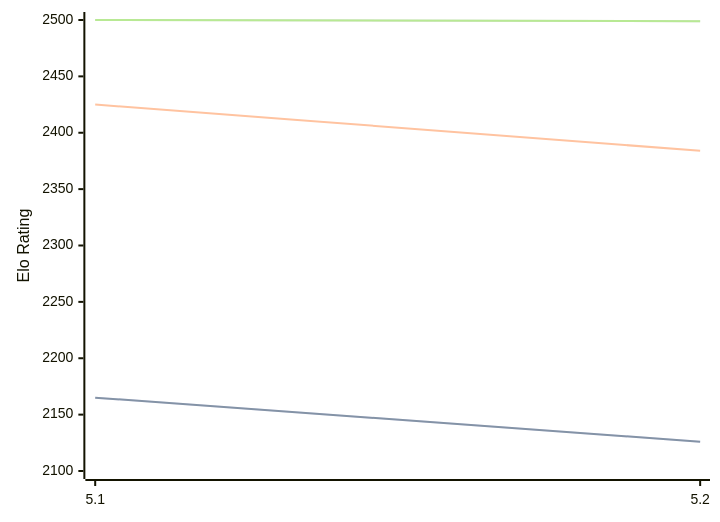
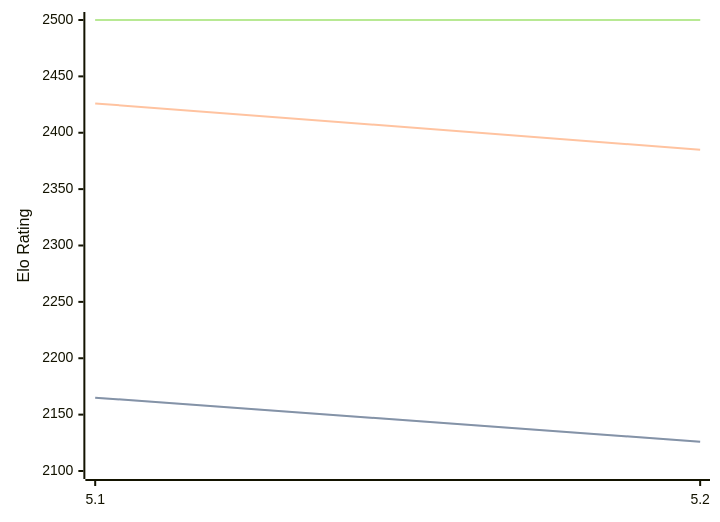
The diagram in engines/Prophet.md (computer-chess-index/cci), drawn with Mermaid before and after one commit. The commit also changed other lines of this file, not shown here.

Commit message:
Update CCI Ratings (ELO VLTC) - 2026-09-13

````diff
--- a/engines/Prophet.md
+++ b/engines/Prophet.md
@@ -32,11 +32,11 @@
 ```mermaid
 %%{init: {"theme":"base","themeVariables":{"seriesColors:['#a3a3a3','#222221','#faa371']}}}%%
 xychart-beta
   x-axis ["5.1", "5.2"]
   y-axis "Elo Rating" 2100 --> 2500
   line "" [2165, 2126]
   line "STC (8.0+0.08s)" [2165, 2126]
-  line "LTC (60.0+0.60s)" [2425, 2384]
-  line "" [2500, 2499]
-  line "VLTC (2m24s+1.12s)" [2500, 2499]
+  line "LTC (60.0+0.60s)" [2426, 2385]
+  line "" [2500, 2500]
+  line "VLTC (2m24s+1.12s)" [2500, 2500]
 ```
````
